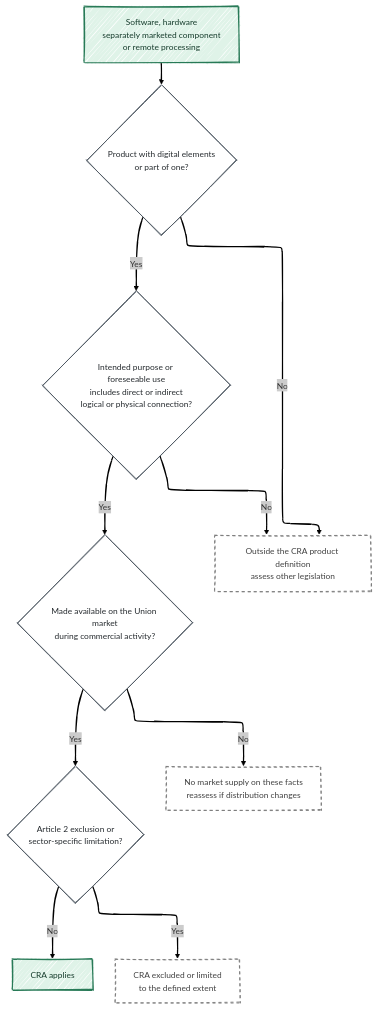
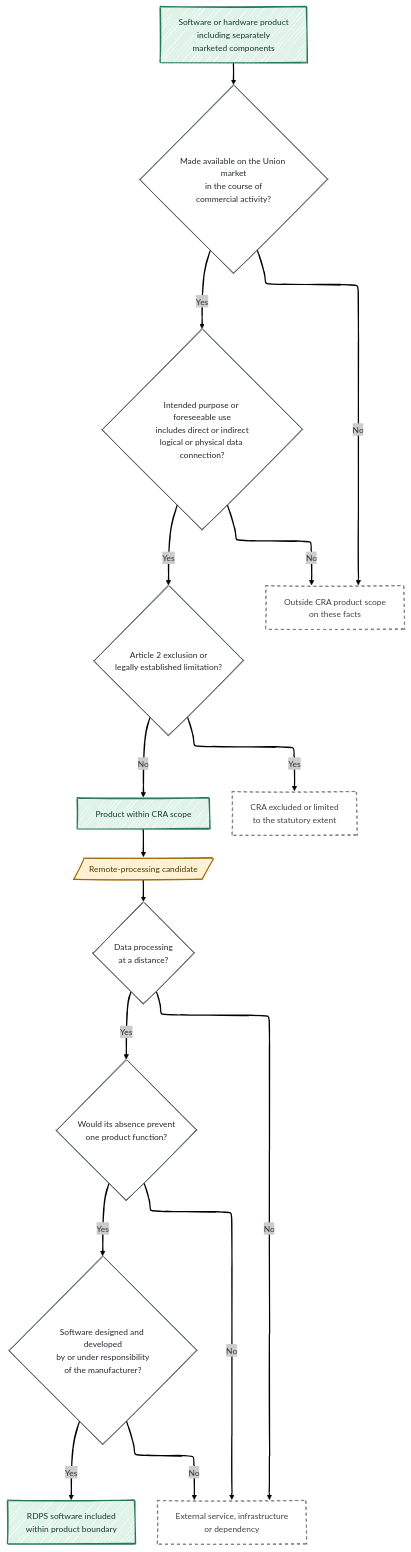
Before and after one commit to antomon/antomon.github.io: the second of 18 diagrams in longforms/cyber-resilience-act-the-new-product-security-baseline/index.qmd, drawn with Mermaid. The commit also changed other lines of this file and 54 other files, not shown here.

````diff
--- a/longforms/cyber-resilience-act-the-new-product-security-baseline/index.qmd
+++ b/longforms/cyber-resilience-act-the-new-product-security-baseline/index.qmd
@@ -87,32 +116,47 @@
 ```{mermaid}
 %%| label: fig-cyber-resilience-act-the-new-product-security-baseline-scope-gates
-%%| fig-cap: "CRA scope follows a sequence of product, connection, market, and exclusion tests."
-%%| fig-alt: "A decision tree begins with software, hardware, a separately marketed component, or remote data processing. It asks whether there is intended or foreseeable direct or indirect data connectivity, whether the item is supplied on the Union market during commercial activity, and whether an Article 2 exclusion applies. Products passing all gates enter CRA scope; failed gates lead outside the product regime or to a separate legal analysis."
+%%| fig-cap: "CRA scope depends on a product with digital elements, Union-market supply in commercial activity, qualifying connectivity, and the absence of an applicable statutory exclusion; qualifying remote processing is then included within the product boundary."
+%%| fig-alt: "A decision tree begins with a software or hardware product or separately marketed component. It asks whether the product is supplied on the Union market during commercial activity and whether intended purpose or reasonably foreseeable use includes a direct or indirect logical or physical data connection. An exclusion test follows. Products passing all tests fall within CRA scope. A separate branch then assesses remote processing: whether processing occurs at a distance, whether its absence prevents a product function, and whether its software was designed and developed by the manufacturer or under its responsibility. Three positive answers include that software as a remote data-processing solution within the product boundary."
 %%| fig-align: center
 %%{init: {"theme": "neo", "look": "handDrawn", "layout": "elk"}}%%
 flowchart TD
-    CANDIDATE[Software, hardware<br/>separately marketed component<br/>or remote processing]:::product
-    PRODUCT{Product with digital elements<br/>or part of one?}:::test
-    CONNECTION{Intended purpose or foreseeable use<br/>includes direct or indirect<br/>logical or physical connection?}:::test
-    MARKET{Made available on the Union market<br/>during commercial activity?}:::test
-    EXCLUSION{Article 2 exclusion or<br/>sector-specific limitation?}:::test
+    CANDIDATE[Software or hardware product<br/>including separately<br/>marketed components]:::product
 
-    INSCOPE[CRA applies]:::product
-    SERVICE[Outside the CRA product definition<br/>assess other legislation]:::context
-    INTERNAL[No market supply on these facts<br/>reassess if distribution changes]:::context
-    EXCLUDED[CRA excluded or limited<br/>to the defined extent]:::context
+    MARKET{Made available on the Union market<br/>in the course of<br/>commercial activity?}:::test
+    CONNECTION{Intended purpose or foreseeable use<br/>includes direct or indirect<br/>logical or physical data connection?}:::test
+    EXCLUSION{Article 2 exclusion or<br/>legally established limitation?}:::test
 
-    CANDIDATE --> PRODUCT
-    PRODUCT -- Yes --> CONNECTION
-    PRODUCT -- No --> SERVICE
-    CONNECTION -- Yes --> MARKET
-    CONNECTION -- No --> SERVICE
-    MARKET -- Yes --> EXCLUSION
-    MARKET -- No --> INTERNAL
+    INSCOPE[Product within CRA scope]:::product
+    OUTSIDE[Outside CRA product scope<br/>on these facts]:::context
+    EXCLUDED[CRA excluded or limited<br/>to the statutory extent]:::context
+
+    REMOTE[/Remote-processing candidate/]:::overlay
+    DISTANCE{Data processing<br/>at a distance?}:::test
+    FUNCTION{Would its absence prevent<br/>one product function?}:::test
+    RESPONSIBILITY{Software designed and developed<br/>by or under responsibility<br/>of the manufacturer?}:::test
+
+    RDPS[RDPS software included<br/>within product boundary]:::product
+    EXTERNAL[External service, infrastructure<br/>or dependency]:::context
+
+    CANDIDATE --> MARKET
+    MARKET -- No --> OUTSIDE
+    MARKET -- Yes --> CONNECTION
+    CONNECTION -- No --> OUTSIDE
+    CONNECTION -- Yes --> EXCLUSION
+    EXCLUSION -- Yes --> EXCLUDED
     EXCLUSION -- No --> INSCOPE
-    EXCLUSION -- Yes --> EXCLUDED
+
+    INSCOPE --> REMOTE
+    REMOTE --> DISTANCE
+    DISTANCE -- No --> EXTERNAL
+    DISTANCE -- Yes --> FUNCTION
+    FUNCTION -- No --> EXTERNAL
+    FUNCTION -- Yes --> RESPONSIBILITY
+    RESPONSIBILITY -- No --> EXTERNAL
+    RESPONSIBILITY -- Yes --> RDPS
 
     classDef product fill:#dff3e8,stroke:#287a57,stroke-width:2px,color:#153b2b;
+    classDef overlay fill:#fff0cf,stroke:#9a6500,stroke-width:1.5px,color:#4d3500;
     classDef test fill:#ffffff,stroke:#4f5962,stroke-width:1.5px,color:#252a2e;
     classDef context fill:#ffffff,stroke:#7a7a7a,stroke-width:1.5px,stroke-dasharray:5 5,color:#404040;
 ```
````
